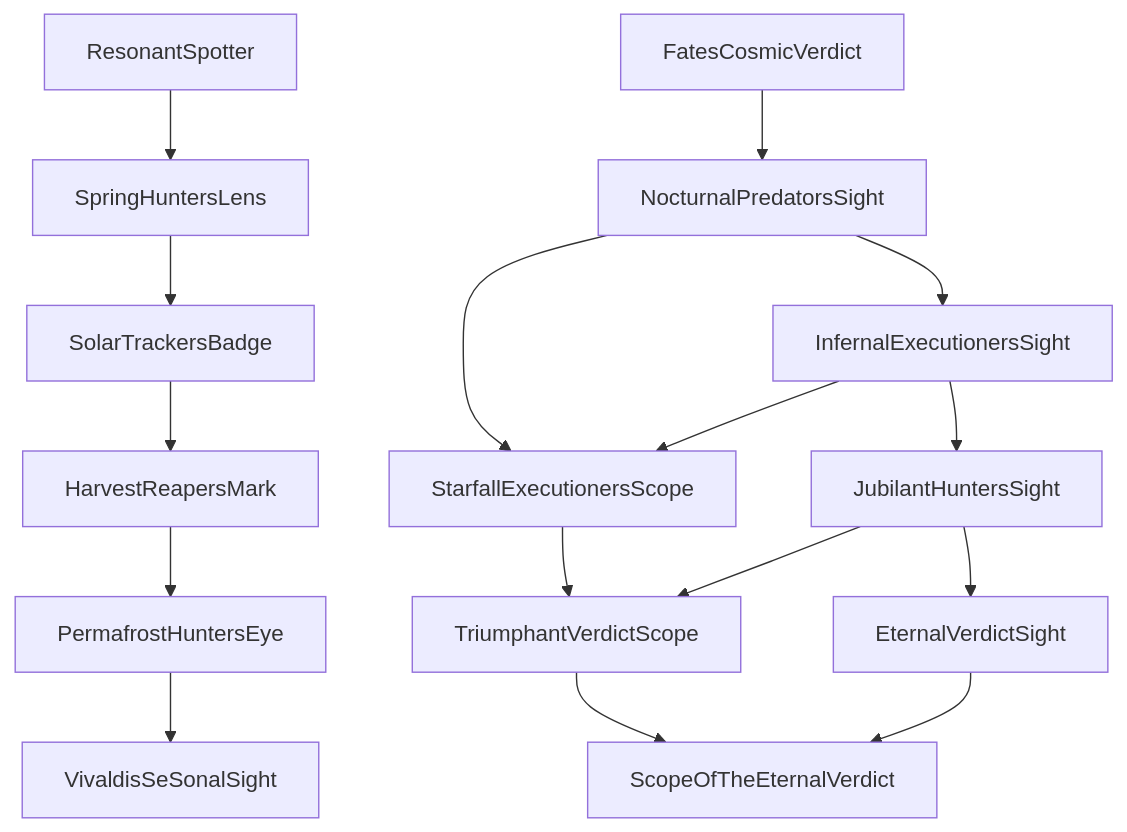
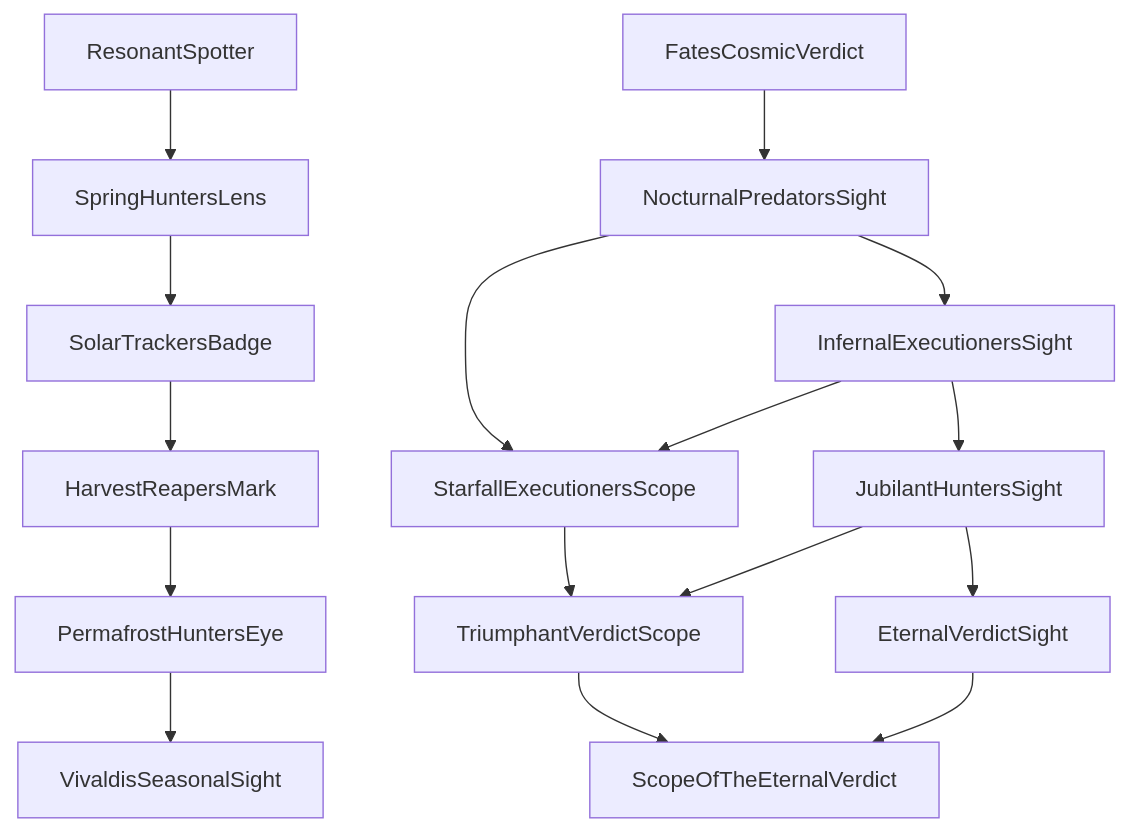
Before and after one commit to tjprice101/Magnum-Opus: the second of 11 diagrams in Documentation/Accessory_Flow_Map.md, drawn with Mermaid. The commit also changed 243 other files, not shown here.

````diff
--- a/Documentation/Accessory_Flow_Map.md
+++ b/Documentation/Accessory_Flow_Map.md
@@ -95,20 +95,20 @@
 ```mermaid
 flowchart TD
     RS[ResonantSpotter] --> SHL[SpringHuntersLens]
     SHL --> STB[SolarTrackersBadge]
     STB --> HRM[HarvestReapersMark]
     HRM --> PHE[PermafrostHuntersEye]
-    PHE --> VSS[VivaldisSeSonalSight]
+    PHE --> VSS[VivaldisSeasonalSight]
 
     FCV[FatesCosmicVerdict] --> NPS[NocturnalPredatorsSight]
     NPS --> IES[InfernalExecutionersSight]
     IES --> JHS[JubilantHuntersSight]
     JHS --> EVS[EternalVerdictSight]
 
     NPS --> SES[StarfallExecutionersScope]
     IES --> SES
     SES --> TVS[TriumphantVerdictScope]
     JHS --> TVS
     TVS --> SEV[ScopeOfTheEternalVerdict]
     EVS --> SEV
 ```
````
